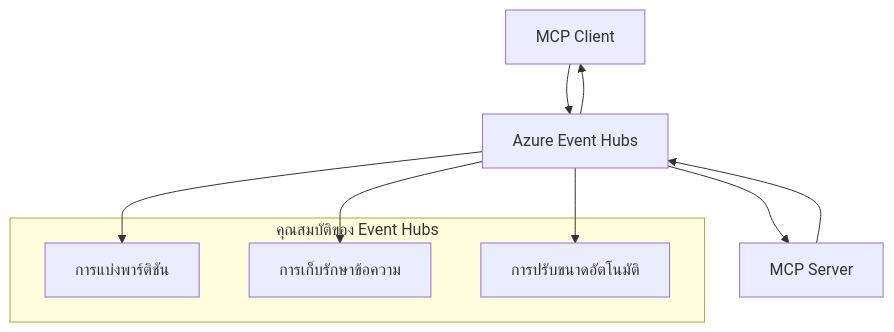
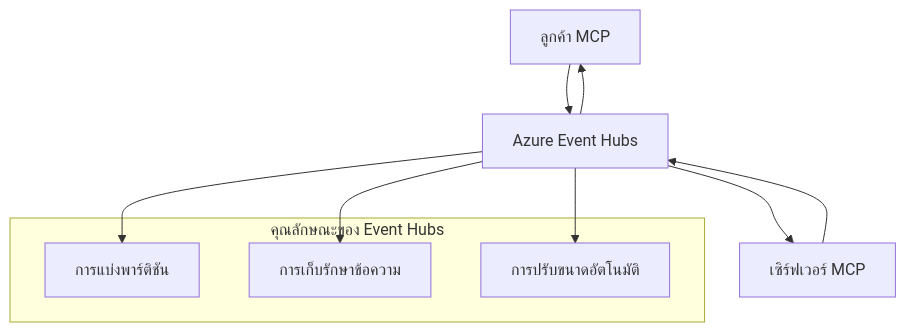
The second of 2 diagrams in mcp_ecosystem__model_context_protocol/mcp_learning_resources/mcp-for-beginners/translations/th/05-AdvancedTopics/mcp-transport/README.md (HIDORAKAI002/ai-workspace-archive), drawn with Mermaid before and after one commit. The commit also changed other lines of this file and 1046 other files, not shown here.

````diff
--- a/mcp_ecosystem__model_context_protocol/mcp_learning_resources/mcp-for-beginners/translations/th/05-AdvancedTopics/mcp-transport/README.md
+++ b/mcp_ecosystem__model_context_protocol/mcp_learning_resources/mcp-for-beginners/translations/th/05-AdvancedTopics/mcp-transport/README.md
@@ -270,17 +272,17 @@
 ```mermaid
 graph TB
-    Client[MCP Client] --> EH[Azure Event Hubs]
-    EH --> Server[MCP Server]
+    Client[ลูกค้า MCP] --> EH[Azure Event Hubs]
+    EH --> Server[เซิร์ฟเวอร์ MCP]
     Server --> EH
     EH --> Client
     
-    subgraph "คุณสมบัติของ Event Hubs"
+    subgraph "คุณลักษณะของ Event Hubs"
         Partition[การแบ่งพาร์ติชัน]
         Retention[การเก็บรักษาข้อความ]
         Scaling[การปรับขนาดอัตโนมัติ]
     end
     
     EH --> Partition
     EH --> Retention
     EH --> Scaling
 ```
````
